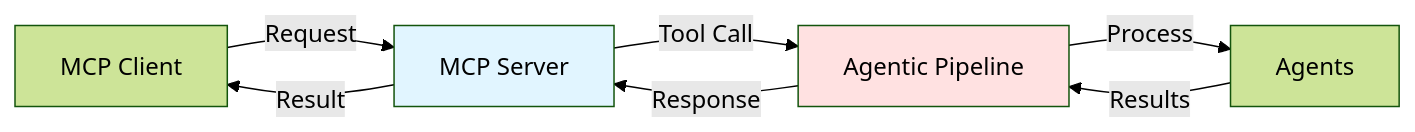
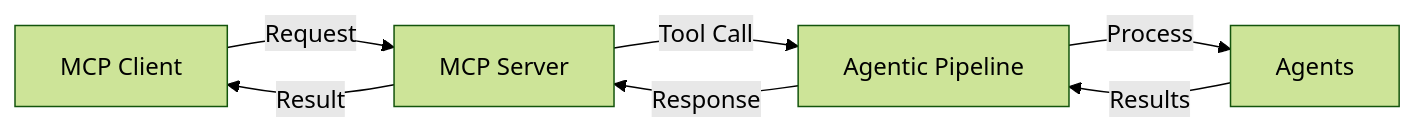
The fourth of 6 diagrams in agentic_ai/README.md (hoangsonww/AI-Gov-Content-Curator), drawn with Mermaid (forest theme) before and after one commit. The commit also changed other lines of this file, not shown here.

````diff
--- a/agentic_ai/README.md
+++ b/agentic_ai/README.md
@@ -255,12 +242,9 @@
 ```mermaid
 graph LR
     A[MCP Client] -->|Request| B[MCP Server]
     B -->|Tool Call| C[Agentic Pipeline]
     C -->|Process| D[Agents]
     D -->|Results| C
     C -->|Response| B
     B -->|Result| A
-
-    style B fill:#e1f5ff
-    style C fill:#ffe1e1
 ```
````
